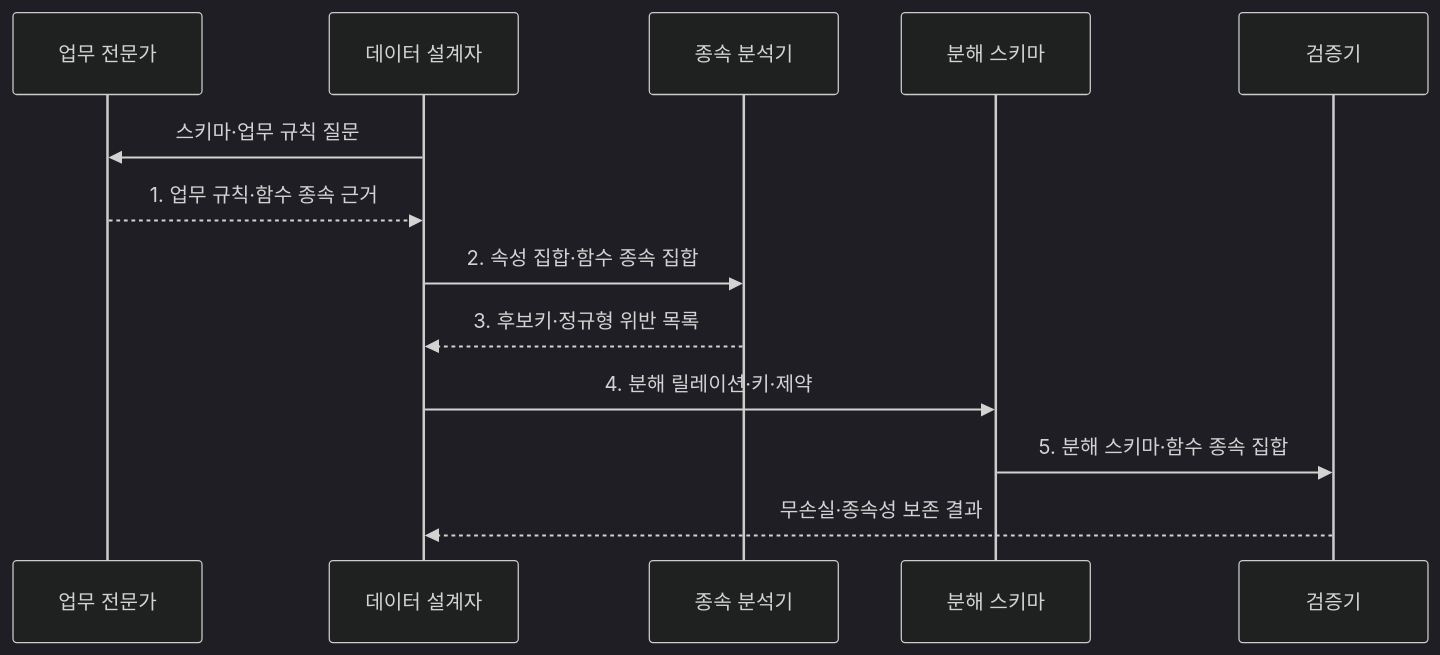
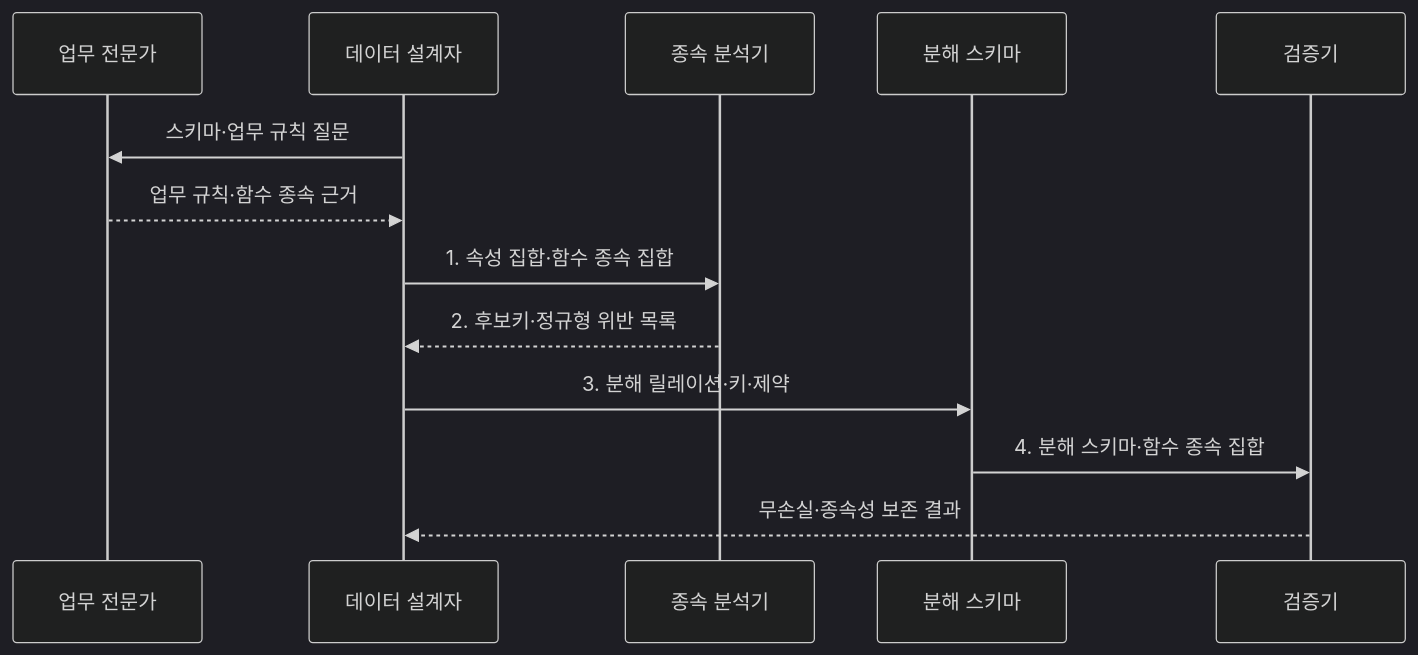
The second of 2 diagrams in src/content/docs/notes/03-software/089_database_normalization.md (agnusdei1207/knowledge-base), drawn with Mermaid (dark theme) before and after one commit. The commit also changed other lines of this file and 12 other files, not shown here.

````diff
--- a/src/content/docs/notes/03-software/089_database_normalization.md
+++ b/src/content/docs/notes/03-software/089_database_normalization.md
@@ -89,15 +89,15 @@
 ```mermaid
 sequenceDiagram
     participant B as 업무 전문가
     participant D as 데이터 설계자
     participant F as 종속 분석기
     participant S as 분해 스키마
     participant V as 검증기
     D->>B: 스키마·업무 규칙 질문
-    B-->>D: 1. 업무 규칙·함수 종속 근거
-    D->>F: 2. 속성 집합·함수 종속 집합
-    F-->>D: 3. 후보키·정규형 위반 목록
-    D->>S: 4. 분해 릴레이션·키·제약
-    S->>V: 5. 분해 스키마·함수 종속 집합
+    B-->>D: 업무 규칙·함수 종속 근거
+    D->>F: 1. 속성 집합·함수 종속 집합
+    F-->>D: 2. 후보키·정규형 위반 목록
+    D->>S: 3. 분해 릴레이션·키·제약
+    S->>V: 4. 분해 스키마·함수 종속 집합
     V-->>D: 무손실·종속성 보존 결과
 ```
````
